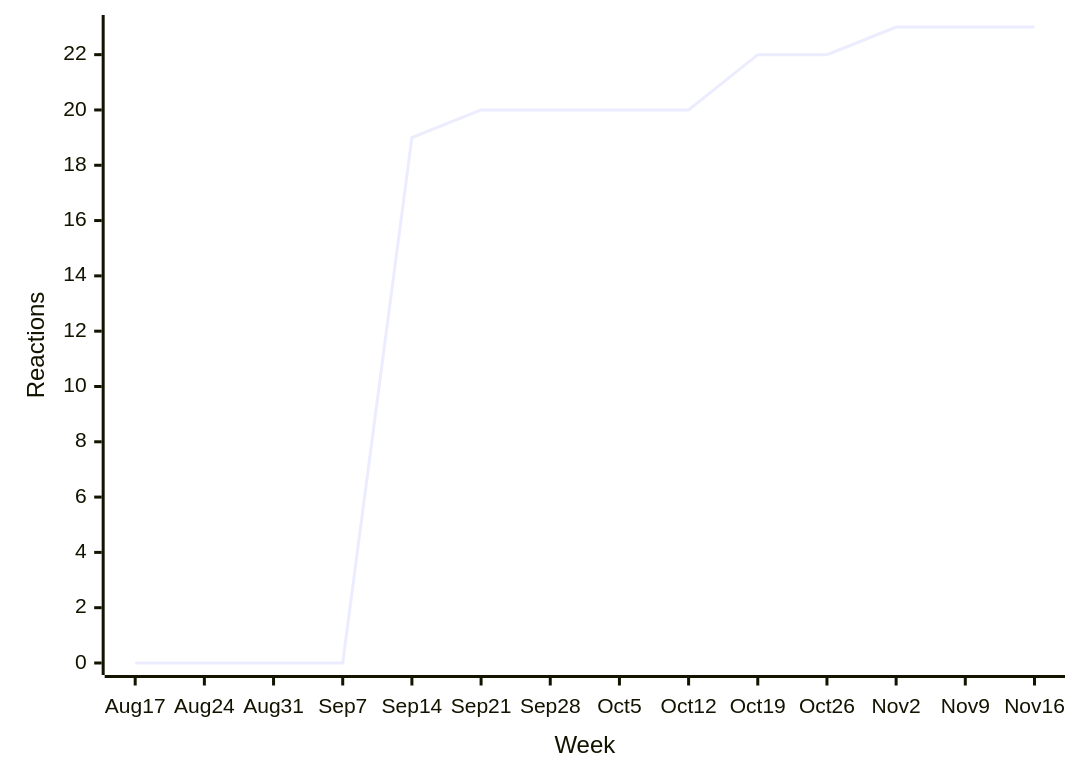
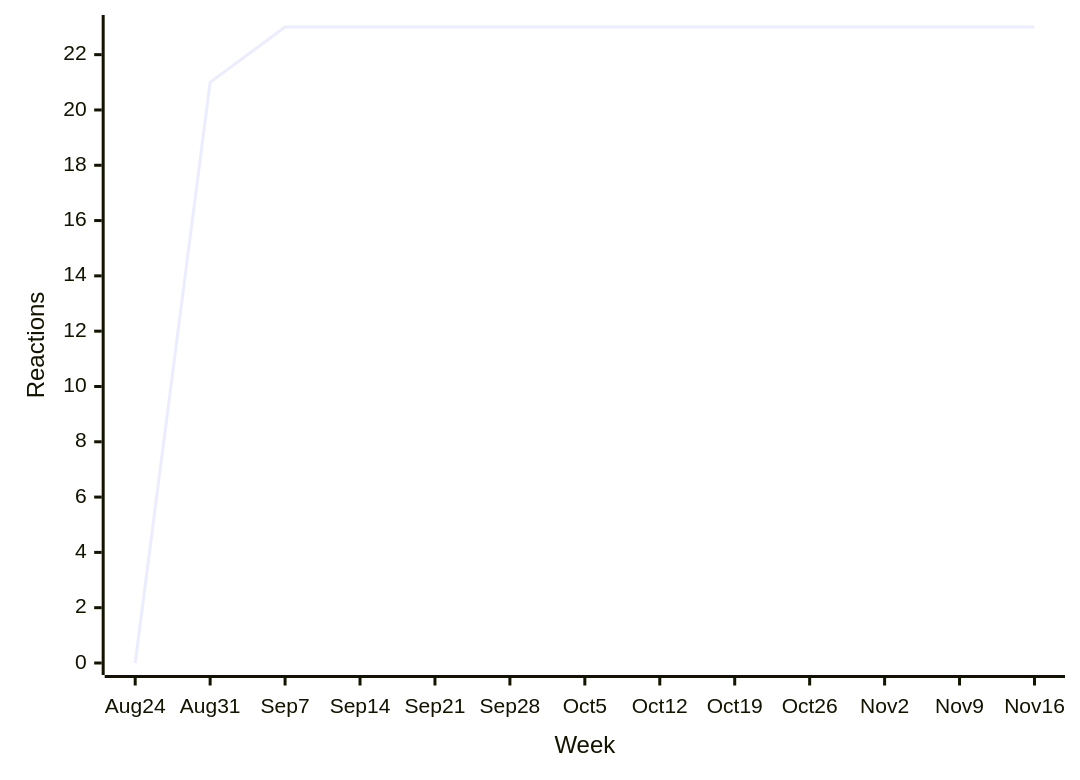
One commit to loic-sharma/github-insights changed the third of 31 diagrams in README.md. Above: the diagram before and after it, drawn with Mermaid. The commit also changed other lines of this file and 3 other files, not shown here.

````diff
--- a/README.md
+++ b/README.md
@@ -358,6 +358,6 @@
   ```mermaid
   xychart-beta
-    x-axis "Week" [Aug 17, Aug 24, Aug 31, Sep 7, Sep 14, Sep 21, Sep 28, Oct 5, Oct 12, Oct 19, Oct 26, Nov 2, Nov 9, Nov 16]
+    x-axis "Week" [Aug 24, Aug 31, Sep 7, Sep 14, Sep 21, Sep 28, Oct 5, Oct 12, Oct 19, Oct 26, Nov 2, Nov 9, Nov 16]
     y-axis "Reactions"
-    line [0, 0, 0, 0, 19, 20, 20, 20, 20, 22, 22, 23, 23, 23]
+    line [0, 21, 23, 23, 23, 23, 23, 23, 23, 23, 23, 23, 23]
   ```
````
